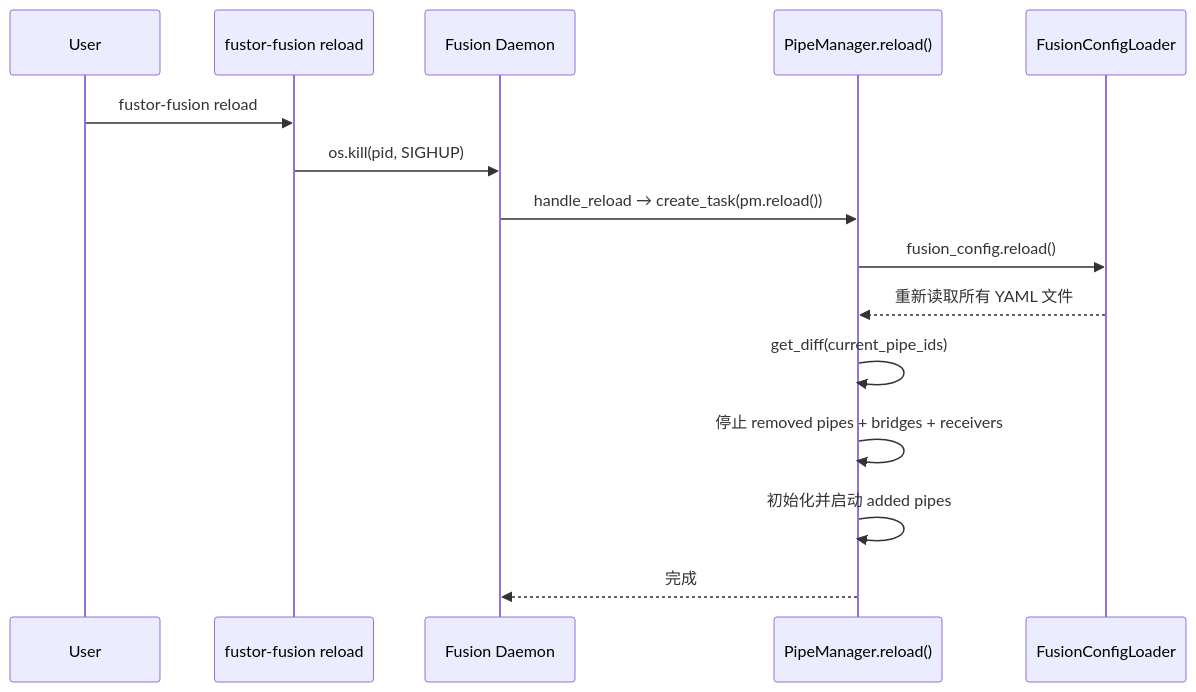
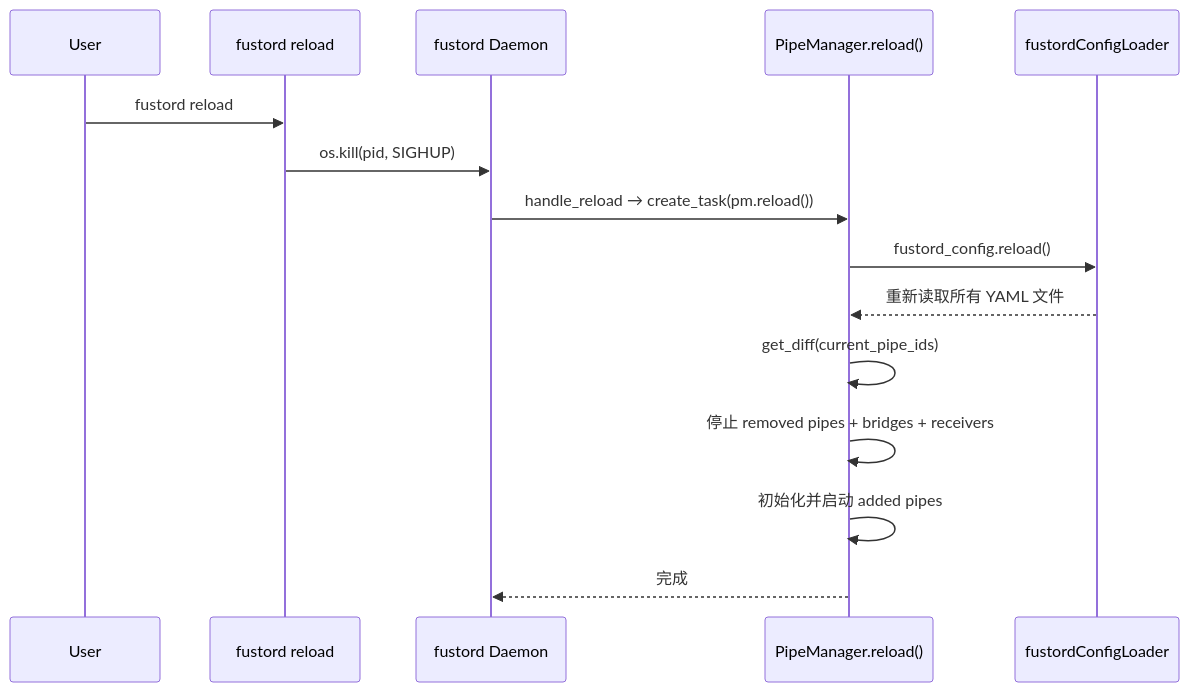
One commit to excelwang/fustor-data-platform changed the second of 2 diagrams in specs/L3-RUNTIME/HOT_RELOAD.md. Above: the diagram before and after it, drawn with Mermaid. The commit also changed other lines of this file and 345 other files, not shown here.

````diff
--- a/specs/L3-RUNTIME/HOT_RELOAD.md
+++ b/specs/L3-RUNTIME/HOT_RELOAD.md
@@ -75,18 +75,18 @@
 ```mermaid
 sequenceDiagram
     participant User
-    participant CLI as fustor-fusion reload
-    participant Daemon as Fusion Daemon
+    participant CLI as fustord reload
+    participant Daemon as fustord Daemon
     participant PM as PipeManager.reload()
-    participant Config as FusionConfigLoader
+    participant Config as fustordConfigLoader
 
-    User->>CLI: fustor-fusion reload
+    User->>CLI: fustord reload
     CLI->>Daemon: os.kill(pid, SIGHUP)
     Daemon->>PM: handle_reload → create_task(pm.reload())
-    PM->>Config: fusion_config.reload()
+    PM->>Config: fustord_config.reload()
     Config-->>PM: 重新读取所有 YAML 文件
     PM->>PM: get_diff(current_pipe_ids)
     PM->>PM: 停止 removed pipes + bridges + receivers
     PM->>PM: 初始化并启动 added pipes
     PM-->>Daemon: 完成
 ```
````
